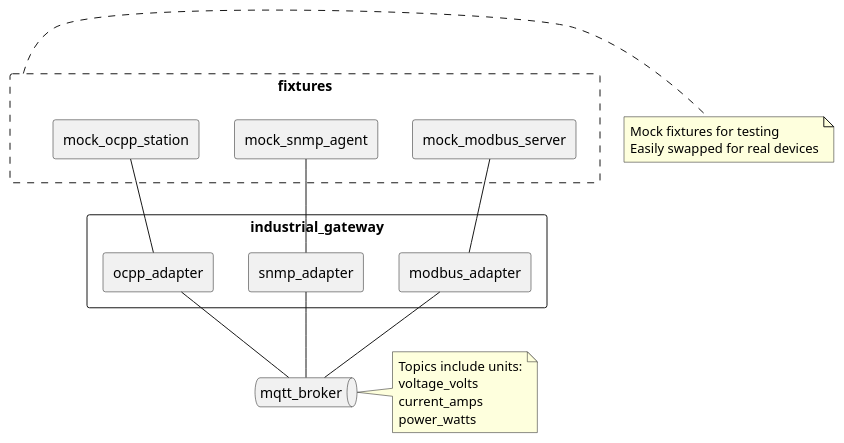
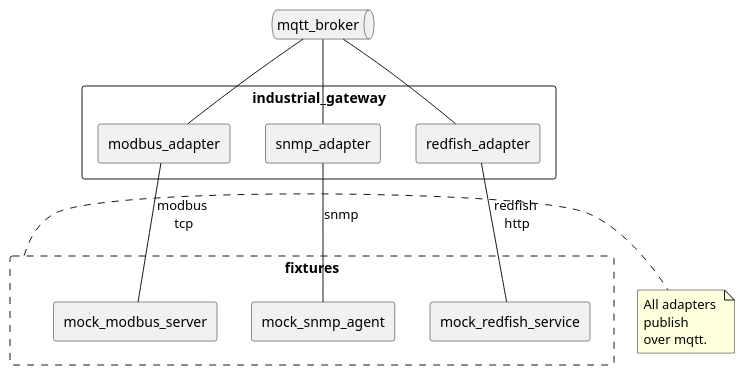
One commit to arcnode-io/ems-industrial-gateway changed the first of 2 diagrams in readme.md. Above: the diagram before and after it, drawn with PlantUML. The commit also changed other lines of this file, not shown here.

````diff
--- a/readme.md
+++ b/readme.md
@@ -15,35 +15,30 @@
 ```plantuml
 rectangle fixtures #line.dashed {
   rectangle mock_modbus_server
   rectangle mock_snmp_agent
-  rectangle mock_ocpp_station
+  rectangle mock_redfish_service
 }
 
 rectangle industrial_gateway {
   rectangle modbus_adapter
   rectangle snmp_adapter
-  rectangle ocpp_adapter
+  rectangle redfish_adapter
 }
 
 queue mqtt_broker
 
-mock_modbus_server -- modbus_adapter
-mock_snmp_agent -- snmp_adapter
-mock_ocpp_station -- ocpp_adapter
+modbus_adapter -- mock_modbus_server: modbus\n tcp
+snmp_adapter -- mock_snmp_agent: snmp
+redfish_adapter -- mock_redfish_service: redfish\n http
 
-modbus_adapter -- mqtt_broker
-snmp_adapter -- mqtt_broker
-ocpp_adapter -- mqtt_broker
+modbus_adapter -u- mqtt_broker
+snmp_adapter -u- mqtt_broker
+redfish_adapter -u- mqtt_broker
 
 note right of fixtures
-  Mock fixtures for testing
-  Easily swapped for real devices
+    All adapters 
+    publish
+    over mqtt.
 end note
 
-note right of mqtt_broker
-  Topics include units:
-  voltage_volts
-  current_amps
-  power_watts
-end note
 ```
````
